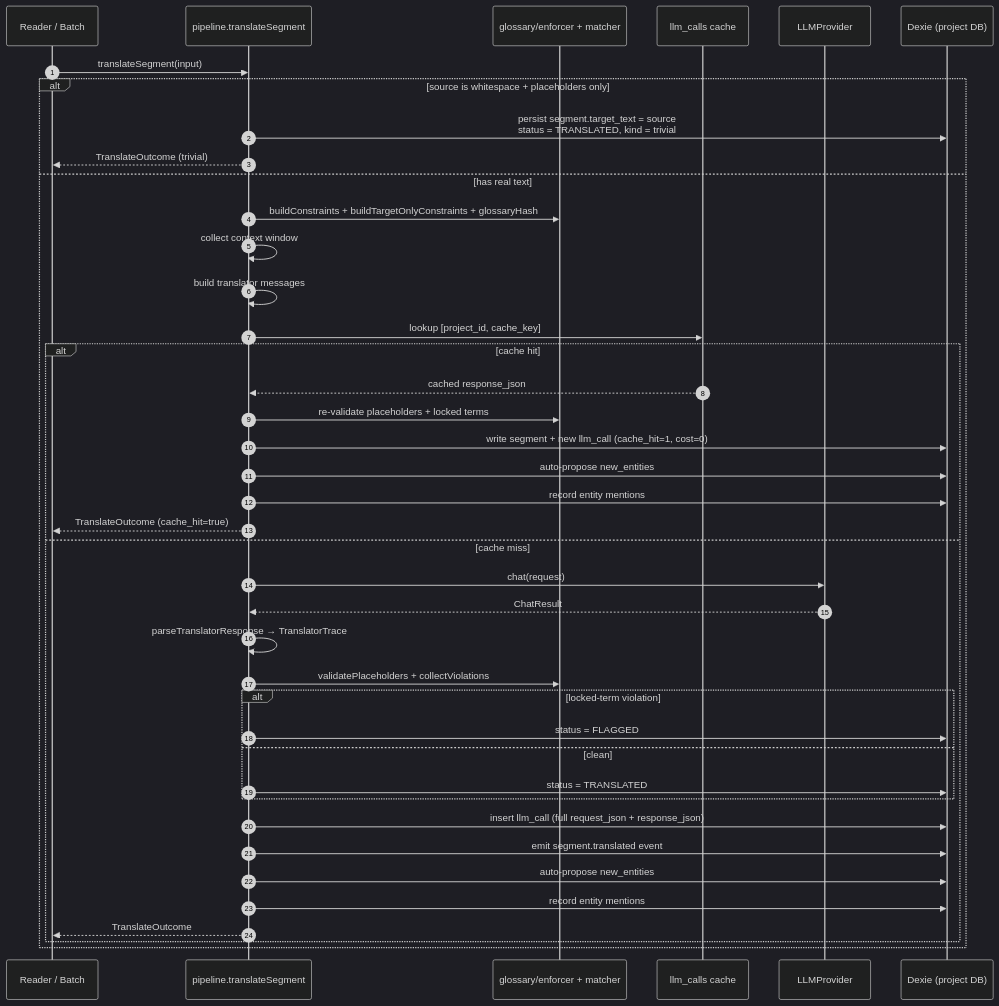
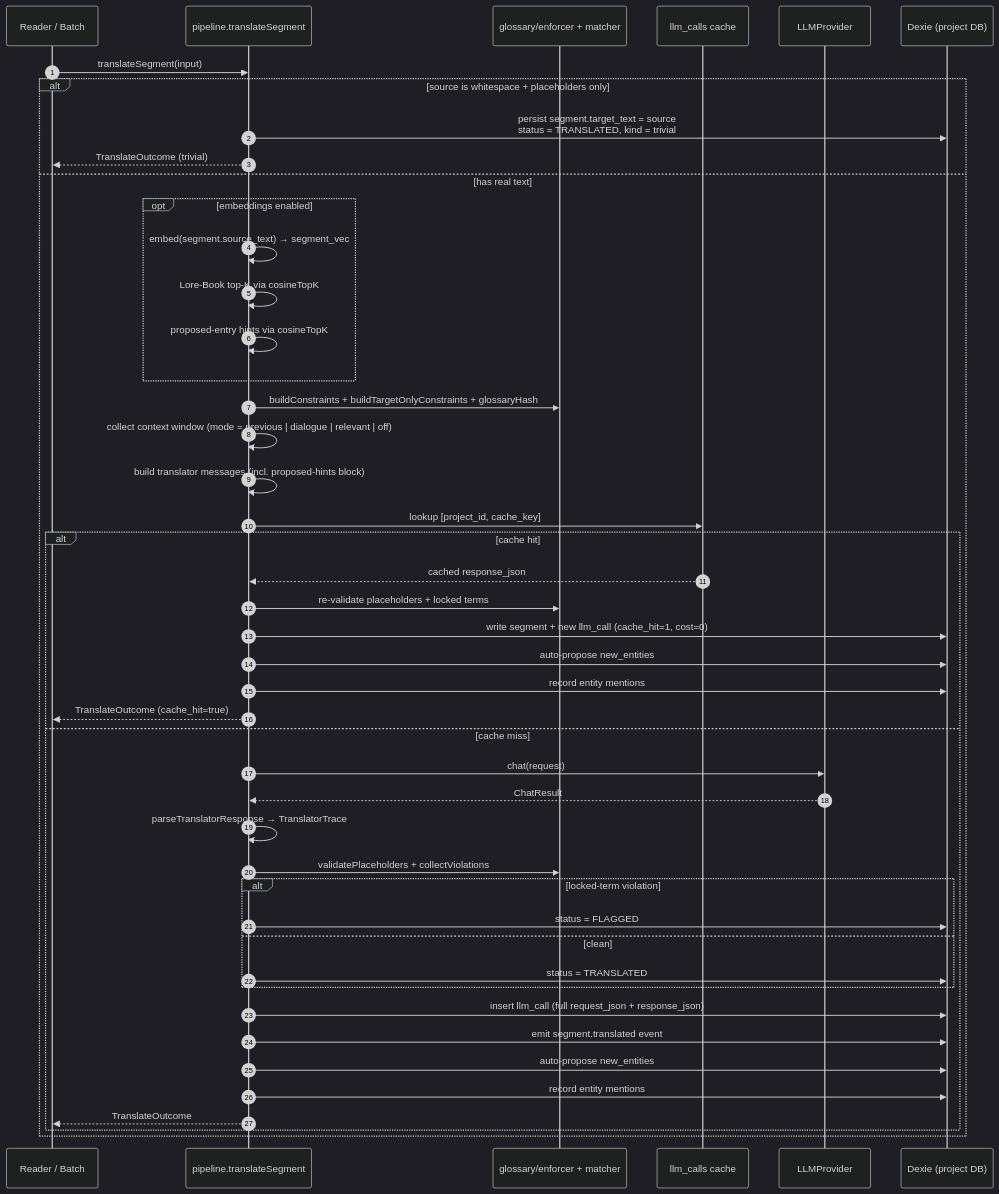
The fourth of 7 diagrams in docs/ARCHITECTURE.md (madpin/epublate-js), drawn with Mermaid (dark theme) before and after one commit. The commit also changed other lines of this file and 59 other files, not shown here.

````diff
--- a/docs/ARCHITECTURE.md
+++ b/docs/ARCHITECTURE.md
@@ -263,44 +268,49 @@
 ```mermaid
 sequenceDiagram
   autonumber
   participant Caller as Reader / Batch
   participant Pipeline as pipeline.translateSegment
   participant Glossary as glossary/enforcer + matcher
   participant Cache as llm_calls cache
   participant LLM as LLMProvider
   participant DB as Dexie (project DB)
 
   Caller->>Pipeline: translateSegment(input)
   alt source is whitespace + placeholders only
     Pipeline->>DB: persist segment.target_text = source<br/>status = TRANSLATED, kind = trivial
     Pipeline-->>Caller: TranslateOutcome (trivial)
   else has real text
+    opt embeddings enabled
+      Pipeline->>Pipeline: embed(segment.source_text) → segment_vec
+      Pipeline->>Pipeline: Lore-Book top-K via cosineTopK
+      Pipeline->>Pipeline: proposed-entry hints via cosineTopK
+    end
     Pipeline->>Glossary: buildConstraints + buildTargetOnlyConstraints + glossaryHash
-    Pipeline->>Pipeline: collect context window
-    Pipeline->>Pipeline: build translator messages
+    Pipeline->>Pipeline: collect context window (mode = previous | dialogue | relevant | off)
+    Pipeline->>Pipeline: build translator messages (incl. proposed-hints block)
     Pipeline->>Cache: lookup [project_id, cache_key]
     alt cache hit
       Cache-->>Pipeline: cached response_json
       Pipeline->>Glossary: re-validate placeholders + locked terms
       Pipeline->>DB: write segment + new llm_call (cache_hit=1, cost=0)
       Pipeline->>DB: auto-propose new_entities
       Pipeline->>DB: record entity mentions
       Pipeline-->>Caller: TranslateOutcome (cache_hit=true)
     else cache miss
       Pipeline->>LLM: chat(request)
       LLM-->>Pipeline: ChatResult
       Pipeline->>Pipeline: parseTranslatorResponse → TranslatorTrace
       Pipeline->>Glossary: validatePlaceholders + collectViolations
       alt locked-term violation
         Pipeline->>DB: status = FLAGGED
       else clean
         Pipeline->>DB: status = TRANSLATED
       end
       Pipeline->>DB: insert llm_call (full request_json + response_json)
       Pipeline->>DB: emit segment.translated event
       Pipeline->>DB: auto-propose new_entities
       Pipeline->>DB: record entity mentions
       Pipeline-->>Caller: TranslateOutcome
     end
   end
 ```
````
